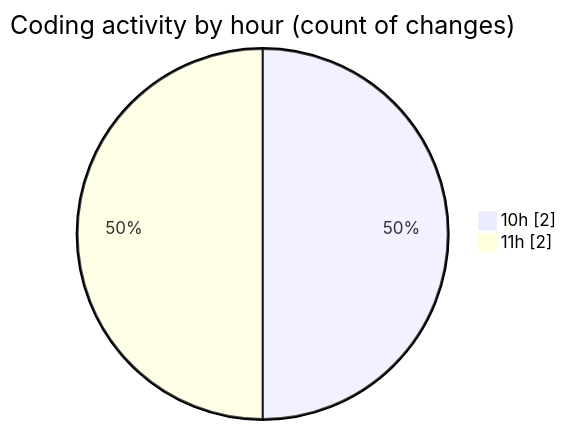
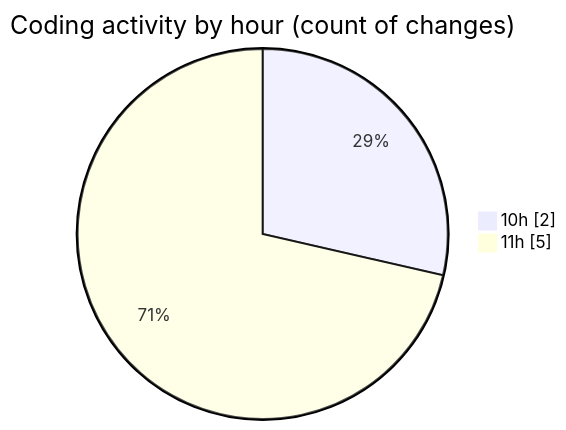
Before and after one commit to trdunsworth/code-tracking: the second of 2 diagrams in 2025-04-09/synth_dist/README.md, drawn with Mermaid. The commit also changed other lines of this file and 1 other file, not shown here.

````diff
--- a/2025-04-09/synth_dist/README.md
+++ b/2025-04-09/synth_dist/README.md
@@ -30,6 +31,6 @@
 ```mermaid
 pie showData
 title Coding activity by hour (count of changes)
 "10h" : 2
-"11h" : 2
+"11h" : 5
 ```
````
